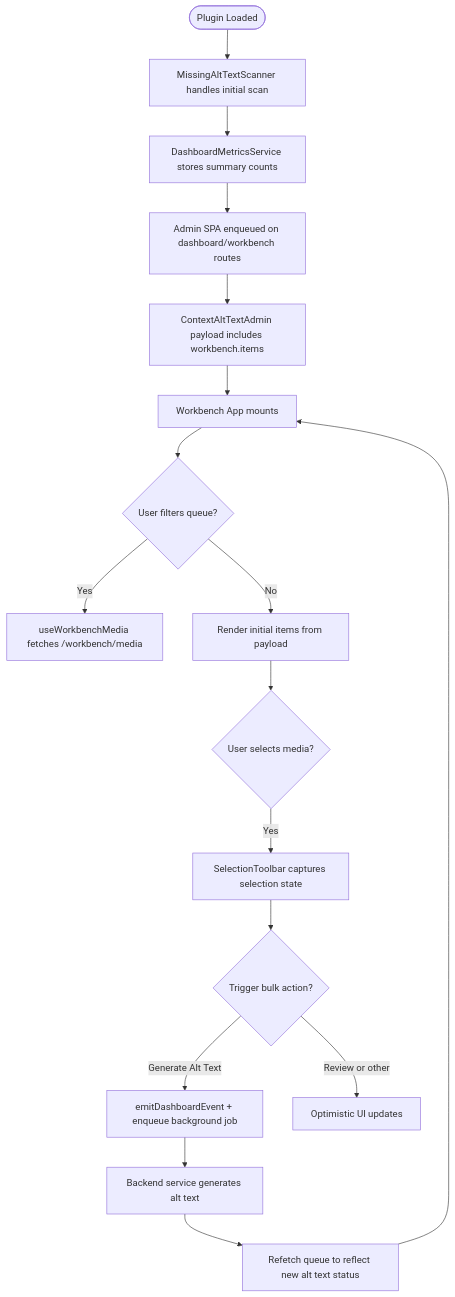
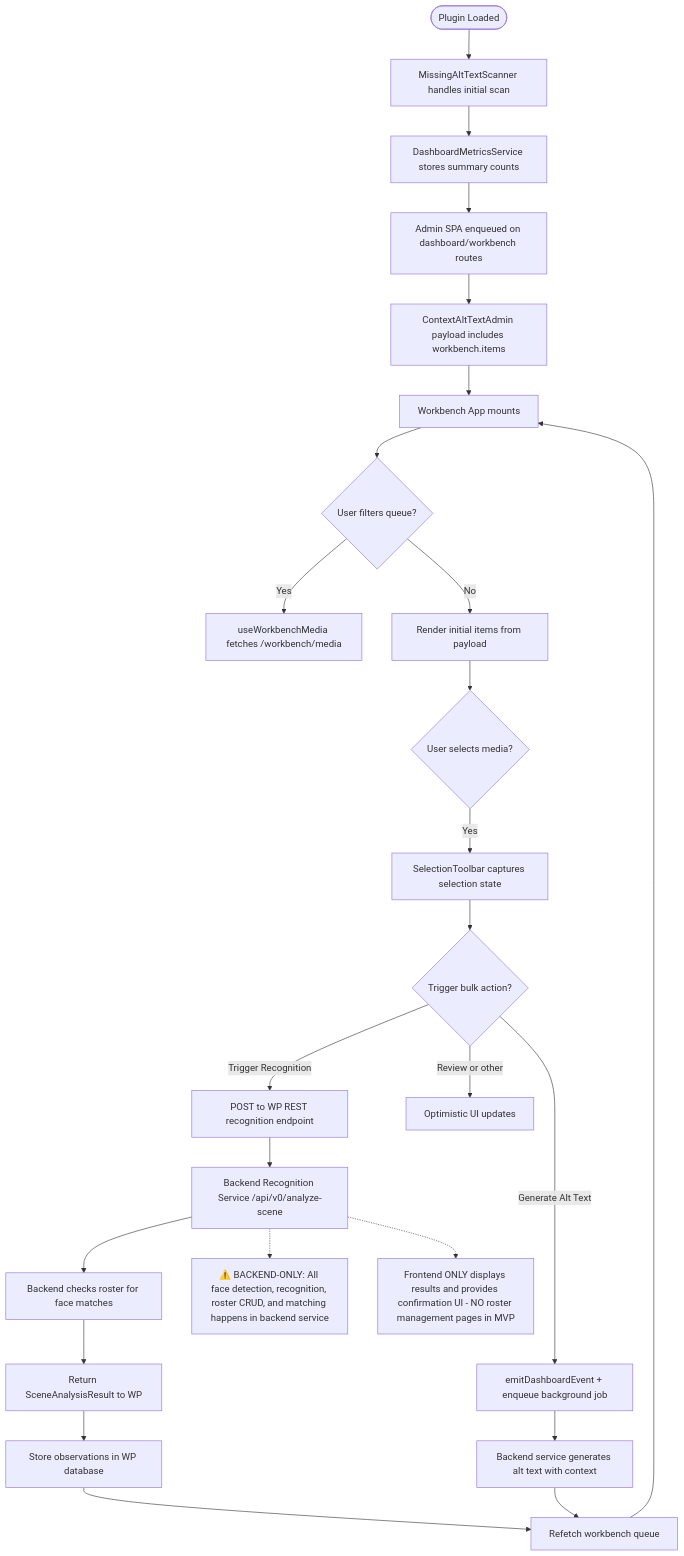
Before and after one commit to darce/context-alt-text-monorepo: the diagram in docs/architecture/frontend-uml/face-recognition-workflow.mmd, drawn with Mermaid. The commit also changed 2 other files, not shown here.

Commit message:
docs(uml): clarify backend-only face recognition architecture
- Remove frontend roster management from diagrams
- Document recognition happens via backend API only
- Update sequence diagrams to show API-driven workflow
- Add notes clarifying roster sync is backend process
- Align with roadmap backend-only recognition approach

```diff
--- a/docs/architecture/frontend-uml/face-recognition-workflow.mmd
+++ b/docs/architecture/frontend-uml/face-recognition-workflow.mmd
@@ -1,17 +1,28 @@
 flowchart TD
     Start([Plugin Loaded]) --> Scan[MissingAltTextScanner handles initial scan]
     Scan --> Summary[DashboardMetricsService stores summary counts]
     Summary --> AdminBootstrap[Admin SPA enqueued on dashboard/workbench routes]
     AdminBootstrap --> Localize[ContextAltTextAdmin payload includes workbench.items]
     Localize --> WorkbenchUI[Workbench App mounts]
     WorkbenchUI --> Filters{User filters queue?}
     Filters -- Yes --> Refetch[useWorkbenchMedia fetches /workbench/media]
     Filters -- No --> ShowQueue[Render initial items from payload]
     ShowQueue --> Select{User selects media?}
     Select -- Yes --> SelectionToolbar[SelectionToolbar captures selection state]
     SelectionToolbar --> BulkActions{Trigger bulk action?}
+    BulkActions -- Trigger Recognition --> RecogDispatch[POST to WP REST recognition endpoint]
+    RecogDispatch --> BackendRecog[Backend Recognition Service /api/v0/analyze-scene]
+    BackendRecog --> RosterMatch[Backend checks roster for face matches]
+    RosterMatch --> ReturnResults[Return SceneAnalysisResult to WP]
+    ReturnResults --> StoreObservations[Store observations in WP database]
+    StoreObservations --> QueueRefresh[Refetch workbench queue]
     BulkActions -- Generate Alt Text --> Dispatch[emitDashboardEvent + enqueue background job]
     BulkActions -- Review or other --> UpdateUI[Optimistic UI updates]
-    Dispatch --> BackendJob[Backend service generates alt text]
-    BackendJob --> QueueRefresh[Refetch queue to reflect new alt text status]
+    Dispatch --> BackendJob[Backend service generates alt text with context]
+    BackendJob --> QueueRefresh
     QueueRefresh --> WorkbenchUI
+    
+    note1["⚠️ BACKEND-ONLY: All face detection, recognition, roster CRUD, and matching happens in backend service"]
+    note2["Frontend ONLY displays results and provides confirmation UI - NO roster management pages in MVP"]
+    BackendRecog -.-> note1
+    BackendRecog -.-> note2
```
